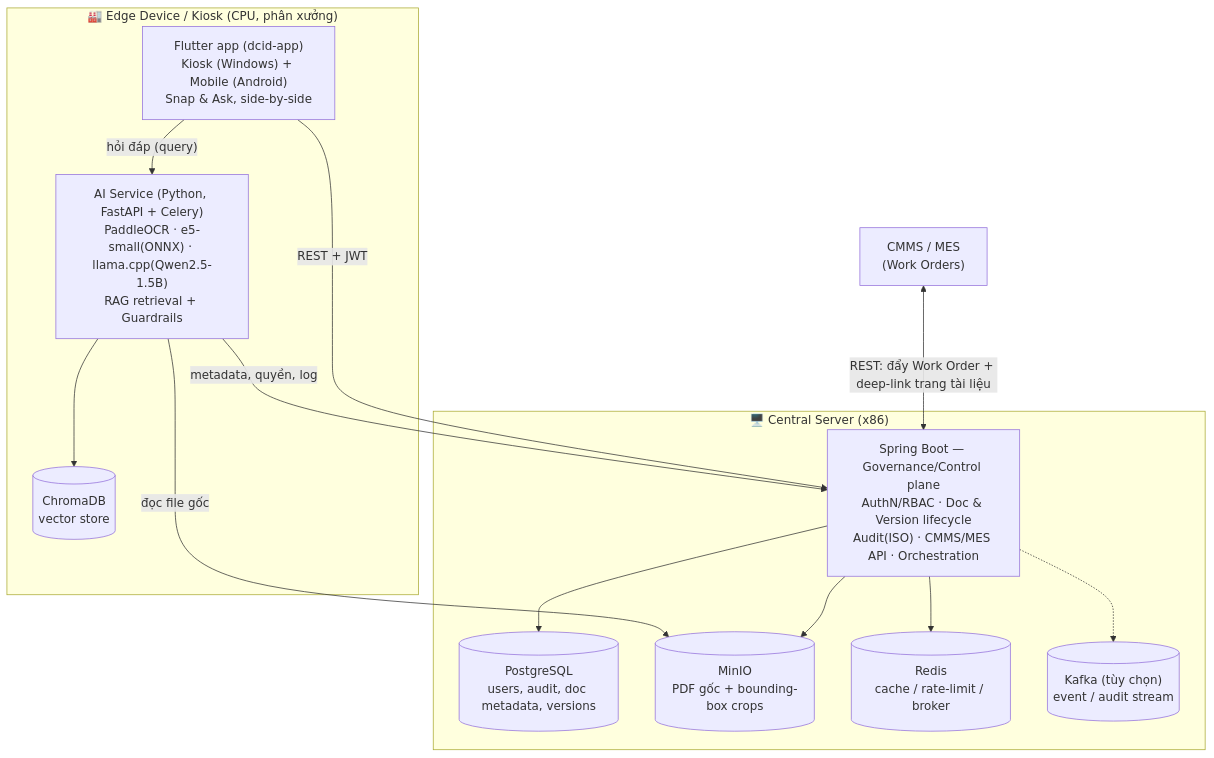
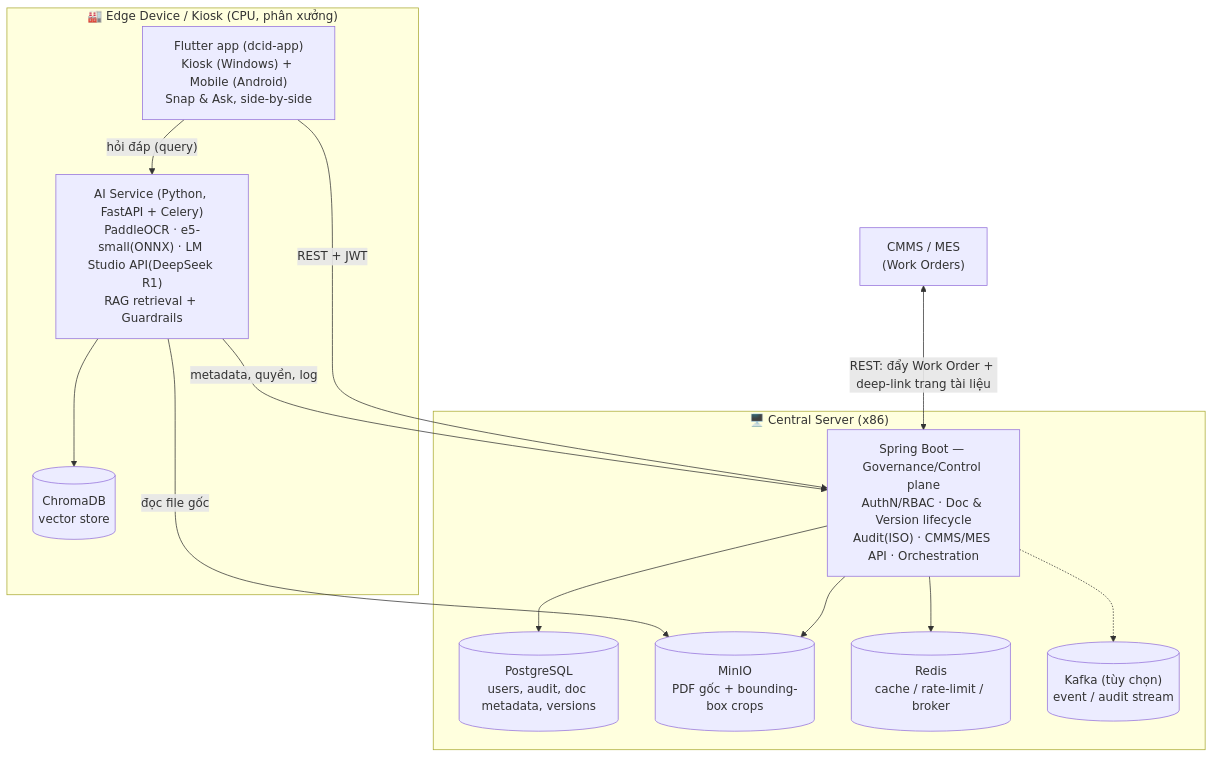
Before and after one commit to hacker-sama/dcid-web: the first of 3 diagrams in docs/ARCHITECTURE.md, drawn with Mermaid. The commit also changed other lines of this file and 64 other files, not shown here.

````diff
--- a/docs/ARCHITECTURE.md
+++ b/docs/ARCHITECTURE.md
@@ -28,29 +28,29 @@
 ```mermaid
 flowchart TB
     subgraph Edge["🏭 Edge Device / Kiosk (CPU, phân xưởng)"]
         UI["Flutter app (dcid-app)\nKiosk (Windows) + Mobile (Android)\nSnap & Ask, side-by-side"]
-        AISVC["AI Service (Python, FastAPI + Celery)\nPaddleOCR · e5-small(ONNX) · llama.cpp(Qwen2.5-1.5B)\nRAG retrieval + Guardrails"]
+        AISVC["AI Service (Python, FastAPI + Celery)\nPaddleOCR · e5-small(ONNX) · LM Studio API(DeepSeek R1)\nRAG retrieval + Guardrails"]
         CHROMA[("ChromaDB\nvector store")]
     end
 
     subgraph Central["🖥️ Central Server (x86)"]
         BE["Spring Boot — Governance/Control plane\nAuthN/RBAC · Doc & Version lifecycle\nAudit(ISO) · CMMS/MES API · Orchestration"]
         PG[("PostgreSQL\nusers, audit, doc metadata, versions")]
         MINIO[("MinIO\nPDF gốc + bounding-box crops")]
         REDIS[("Redis\ncache / rate-limit / broker")]
         KAFKA[("Kafka (tùy chọn)\nevent / audit stream")]
     end
 
     CMMS["CMMS / MES\n(Work Orders)"]
 
     UI -->|"REST + JWT"| BE
     UI -->|"hỏi đáp (query)"| AISVC
     AISVC -->|"metadata, quyền, log"| BE
     AISVC --> CHROMA
     BE --> PG
     BE --> MINIO
     BE --> REDIS
     BE -.-> KAFKA
     AISVC -->|"đọc file gốc"| MINIO
     CMMS <-->|"REST: đẩy Work Order + deep-link trang tài liệu"| BE
 ```
````
